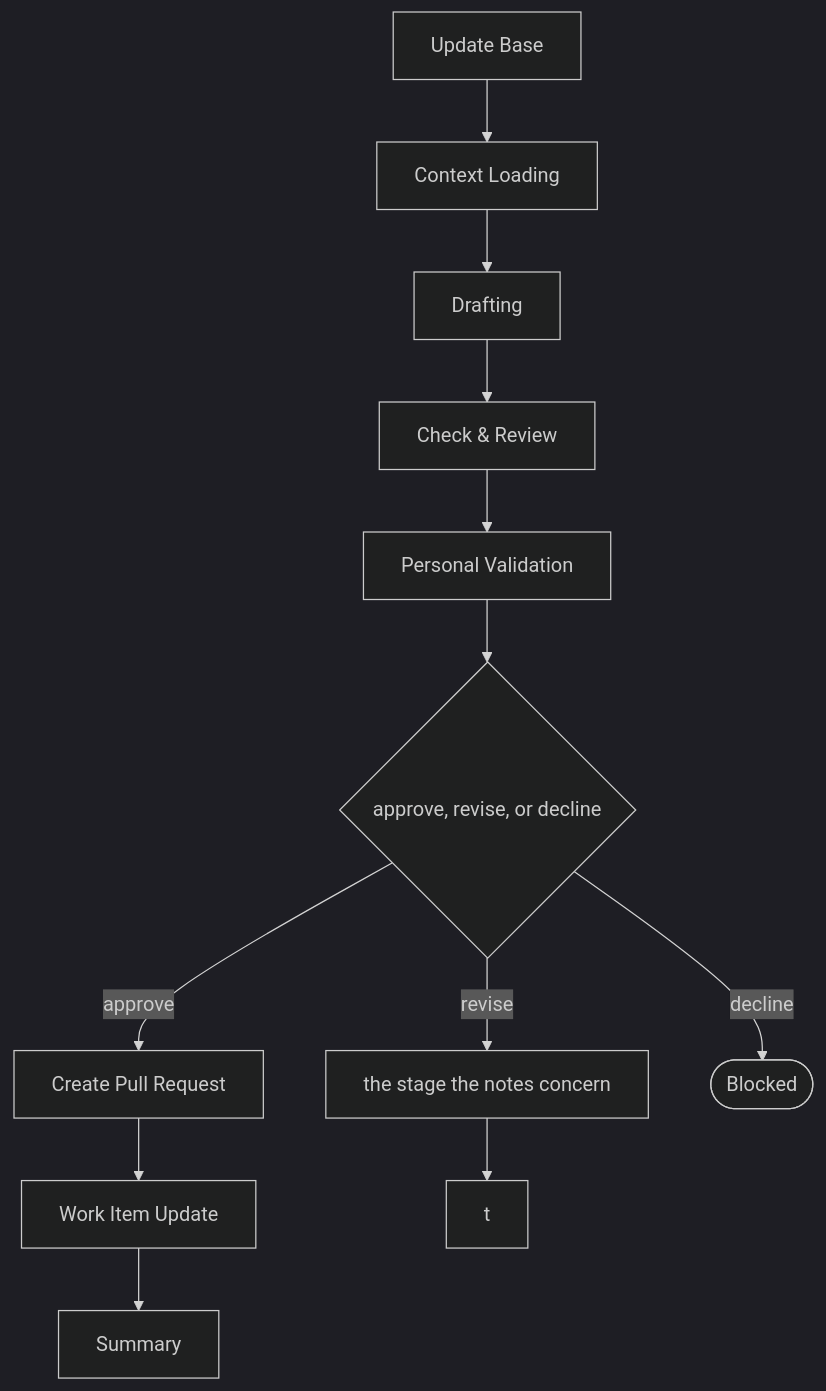
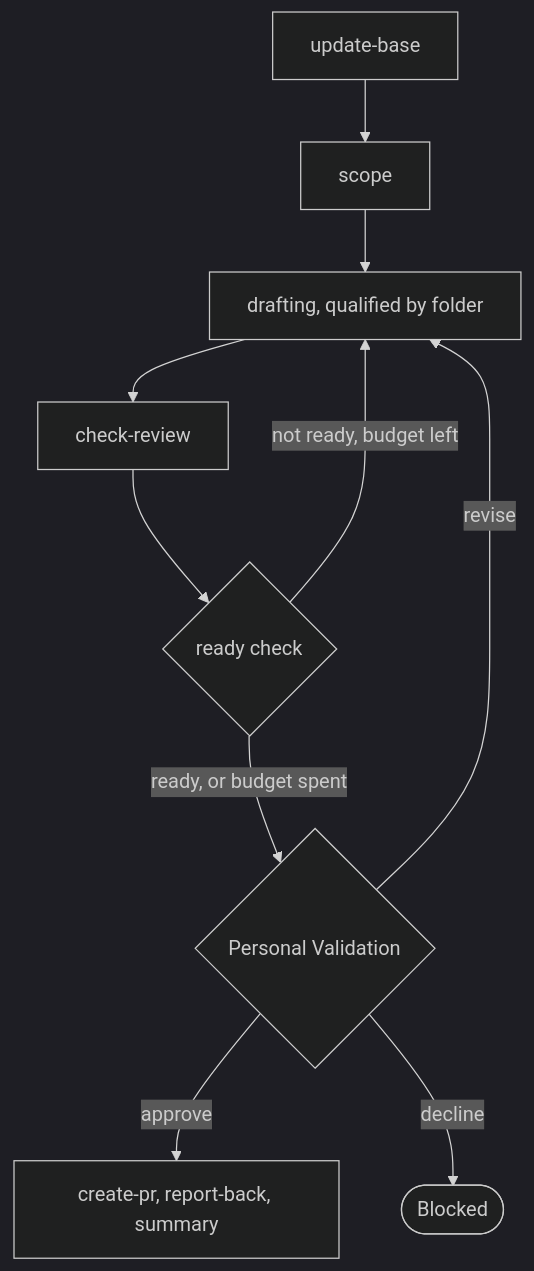
The seventh of 7 diagrams in .devbook/arc42/building-blocks/delivery.md (JSdotNet/ai-agent-stack), drawn with Mermaid (dark theme) before and after one commit. The commit also changed other lines of this file and 10 other files, not shown here.

````diff
--- a/.devbook/arc42/building-blocks/delivery.md
+++ b/.devbook/arc42/building-blocks/delivery.md
@@ -1065,23 +1138,12 @@
 ```mermaid
 flowchart TD
-    base["Update Base"]
-    s0["Context Loading"]
-    s1["Drafting"]
-    s2["Check & Review"]
-    c0["Personal Validation"]
-
-    base --> s0
-    s0 --> s1
-    s1 --> s2
-    s2 --> c0
-    c0 --> g{"approve, revise, or decline"}
-    t0["Create Pull Request"]
-    t1["Work Item Update"]
-    t2["Summary"]
-    g -->|approve| t0
-    t0 --> t1
-    t1 --> t2
-    g -->|revise| rv["the stage the notes concern"]
-    rv --> t
-    g -->|decline| blocked(["Blocked"])
+    base["update-base"] --> scope["scope"]
+    scope --> drafting["drafting, qualified by folder"]
+    drafting --> check["check-review"]
+    check --> ready{"ready check"}
+    ready -->|"not ready, budget left"| drafting
+    ready -->|"ready, or budget spent"| gate{"Personal Validation"}
+    gate -->|approve| close["create-pr, report-back, summary"]
+    gate -->|revise| drafting
+    gate -->|decline| blocked(["Blocked"])
 ```
````
